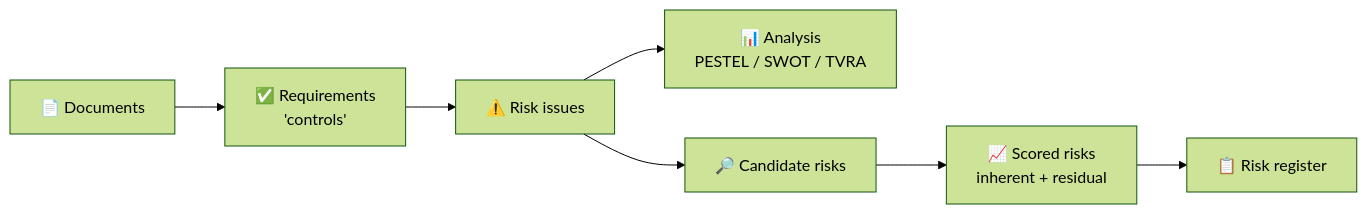
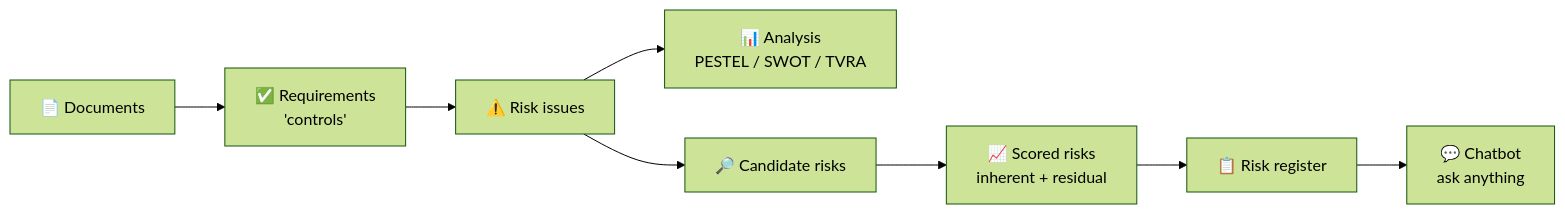
One commit to datahub-admin-cd/iso-robot changed the diagram in mint-docs/introduction.mdx. Above: the diagram before and after it, drawn with Mermaid (forest theme). The commit also changed other lines of this file and 33 other files, not shown here.

````diff
--- a/mint-docs/introduction.mdx
+++ b/mint-docs/introduction.mdx
@@ -52,9 +52,10 @@
 ```mermaid
 flowchart LR
     D[📄 Documents] --> C[✅ Requirements<br/>'controls']
     C --> I[⚠️ Risk issues]
     I --> CL[📊 Analysis<br/>PESTEL / SWOT / TVRA]
     I --> CR[🔎 Candidate risks]
     CR --> RA[📈 Scored risks<br/>inherent + residual]
     RA --> P[📋 Risk register]
+    P --> CB[💬 Chatbot<br/>ask anything]
 ```
````
